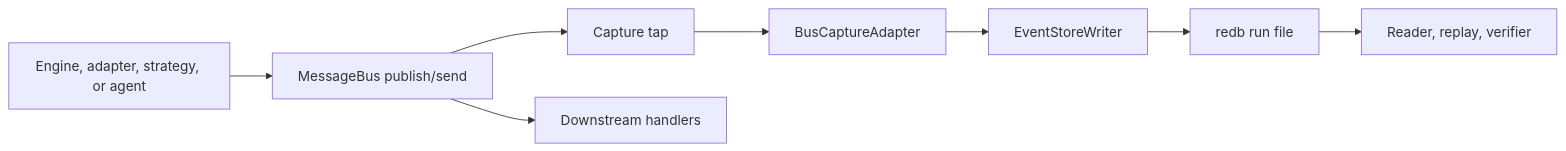
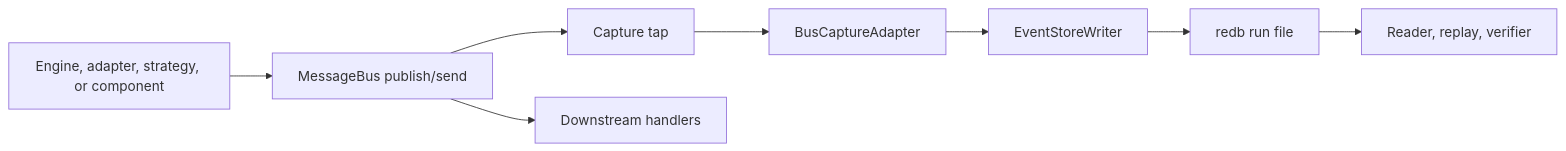
Before and after one commit to nautechsystems/nautilus_trader: the first of 5 diagrams in docs/concepts/event_sourcing.md, drawn with Mermaid. The commit also changed other lines of this file and 3 other files, not shown here.

````diff
--- a/docs/concepts/event_sourcing.md
+++ b/docs/concepts/event_sourcing.md
@@ -80,10 +80,10 @@
 ```mermaid
 flowchart LR
-    Producer["Engine, adapter, strategy, or agent"] --> Bus["MessageBus publish/send"]
+    Producer["Engine, adapter, strategy, or component"] --> Bus["MessageBus publish/send"]
     Bus --> Tap["Capture tap"]
     Tap --> Adapter["BusCaptureAdapter"]
     Adapter --> Writer["EventStoreWriter"]
     Writer --> Backend["redb run file"]
     Bus --> Handlers["Downstream handlers"]
     Backend --> Reader["Reader, replay, verifier"]
 ```
````
